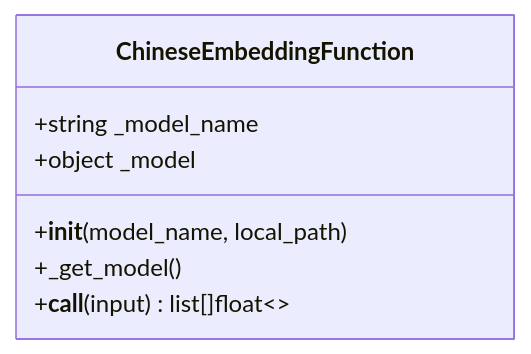
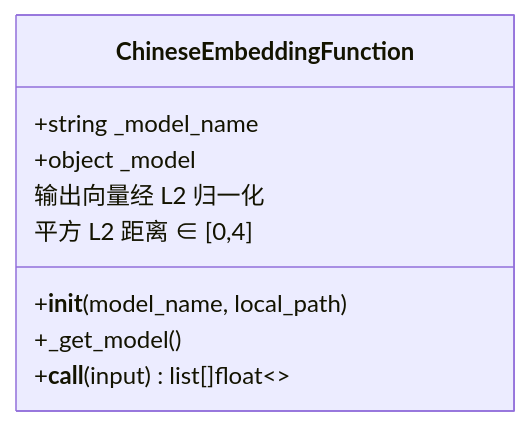
One commit to joyafa/knowledge changed the fourth of 9 diagrams in .qoder/repowiki/zh/content/系统架构设计/数据流架构/文档入库流程.md. Above: the diagram before and after it, drawn with Mermaid. The commit also changed other lines of this file and 20 other files, not shown here.

````diff
--- a/.qoder/repowiki/zh/content/系统架构设计/数据流架构/文档入库流程.md
+++ b/.qoder/repowiki/zh/content/系统架构设计/数据流架构/文档入库流程.md
@@ -196,10 +214,12 @@
 ```mermaid
 classDiagram
 class ChineseEmbeddingFunction {
 +string _model_name
 +object _model
 +__init__(model_name, local_path)
 +_get_model()
 +__call__(input) list[]float~~
 }
+ChineseEmbeddingFunction : 输出向量经 L2 归一化
+ChineseEmbeddingFunction : 平方 L2 距离 ∈ [0,4]
 ```
````
